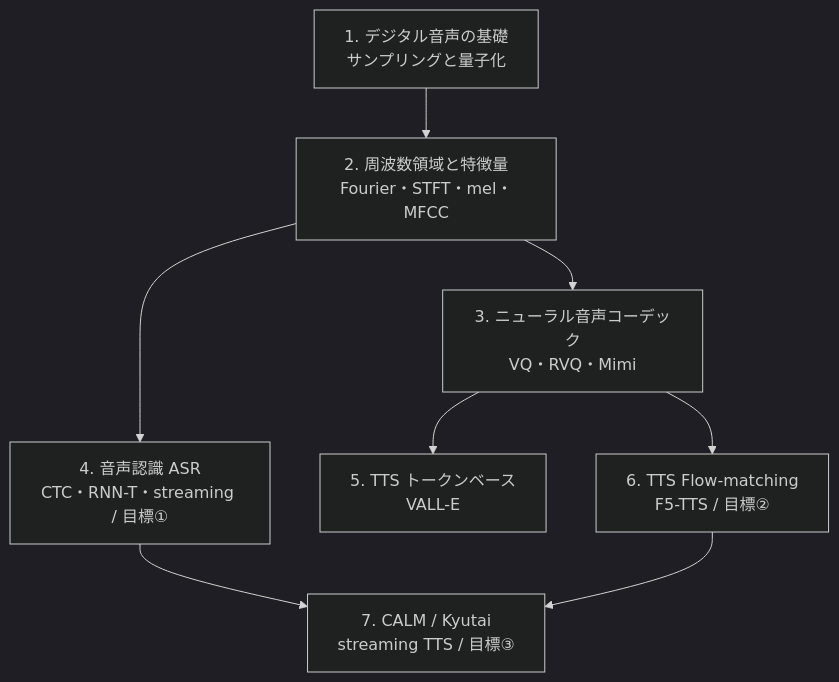
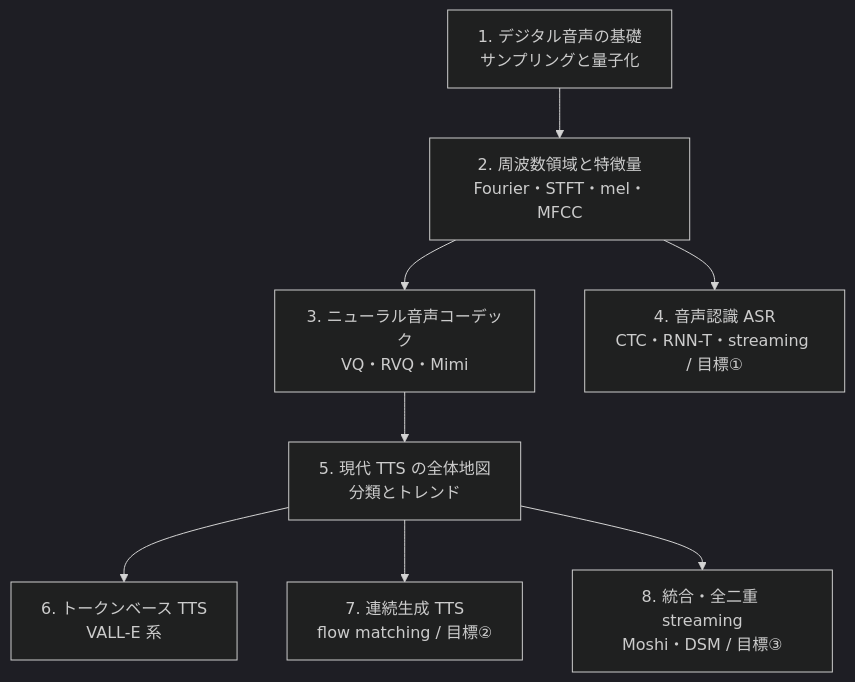
Before and after one commit to ksterx/textbook: the diagram in src/pages/audio/index.md, drawn with Mermaid (dark theme). The commit also changed other lines of this file and 5 other files, not shown here.

First line of the commit message:
音声 TTS 章を ultracode で完成: 全体地図 + 各論3章（05-08）

````diff
--- a/src/pages/audio/index.md
+++ b/src/pages/audio/index.md
@@ -38,10 +38,10 @@
 ```mermaid
 flowchart TD
   C1[1. デジタル音声の基礎<br/>サンプリングと量子化] --> C2[2. 周波数領域と特徴量<br/>Fourier・STFT・mel・MFCC]
   C2 --> C3[3. ニューラル音声コーデック<br/>VQ・RVQ・Mimi]
   C2 --> C4[4. 音声認識 ASR<br/>CTC・RNN-T・streaming / 目標①]
-  C3 --> C5[5. TTS トークンベース<br/>VALL-E]
-  C3 --> C6[6. TTS Flow-matching<br/>F5-TTS / 目標②]
-  C4 --> C7[7. CALM / Kyutai<br/>streaming TTS / 目標③]
-  C6 --> C7
+  C3 --> C5[5. 現代 TTS の全体地図<br/>分類とトレンド]
+  C5 --> C6[6. トークンベース TTS<br/>VALL-E 系]
+  C5 --> C7[7. 連続生成 TTS<br/>flow matching / 目標②]
+  C5 --> C8[8. 統合・全二重 streaming<br/>Moshi・DSM / 目標③]
 ```
````
